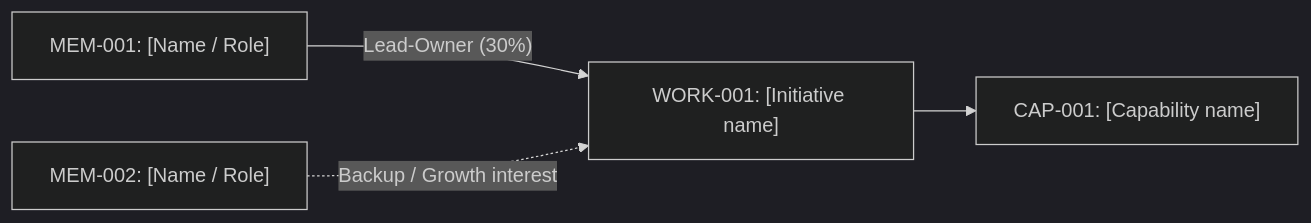
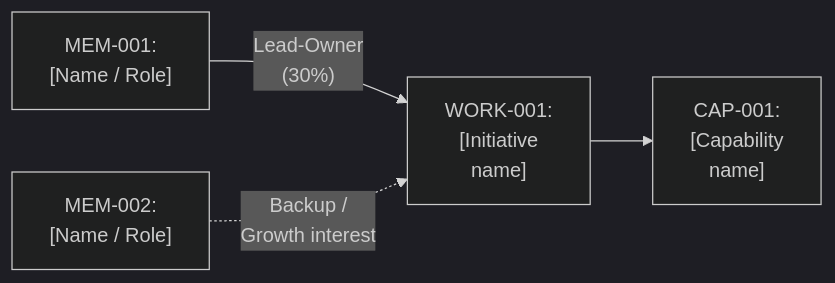
One commit to bcgov/strategic-planning-workbench changed the first of 2 diagrams in plugins/strategic-planning/.apm/skills/managing-team-skills-and-allocation/assets/templates/team-skills-and-allocation-register.md. Above: the diagram before and after it, drawn with Mermaid (dark theme). The commit also changed 5 other files, not shown here.

Commit message:
Wrap Mermaid box and edge labels with <br> tags to prevent GitHub clipping

````diff
--- a/plugins/strategic-planning/.apm/skills/managing-team-skills-and-allocation/assets/templates/team-skills-and-allocation-register.md
+++ b/plugins/strategic-planning/.apm/skills/managing-team-skills-and-allocation/assets/templates/team-skills-and-allocation-register.md
@@ -33,6 +33,6 @@
 ```mermaid
 flowchart LR
-    MEM1["MEM-001: [Name / Role]"] -->|"Lead-Owner (30%)"| WORK1["WORK-001: [Initiative name]"]
-    MEM2["MEM-002: [Name / Role]"] -.->|"Backup / Growth interest"| WORK1
-    WORK1 --> CAP1["CAP-001: [Capability name]"]
+    MEM1["MEM-001:<br>[Name / Role]"] -->|"Lead-Owner<br>(30%)"| WORK1["WORK-001:<br>[Initiative<br>name]"]
+    MEM2["MEM-002:<br>[Name / Role]"] -.->|"Backup /<br>Growth interest"| WORK1
+    WORK1 --> CAP1["CAP-001:<br>[Capability<br>name]"]
 ```
````
